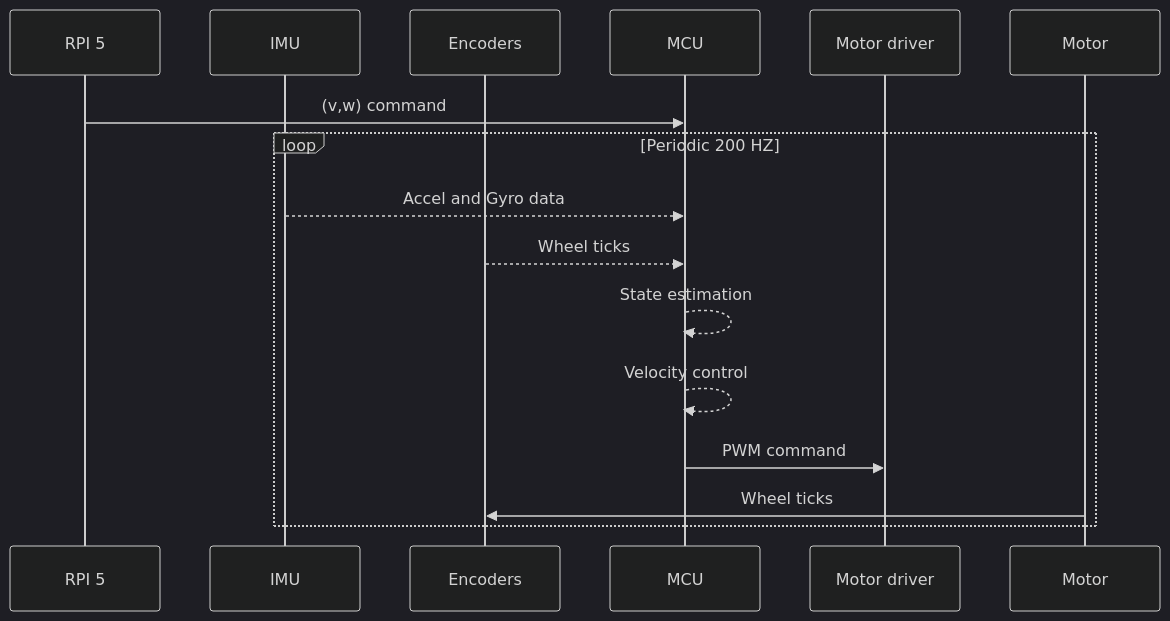
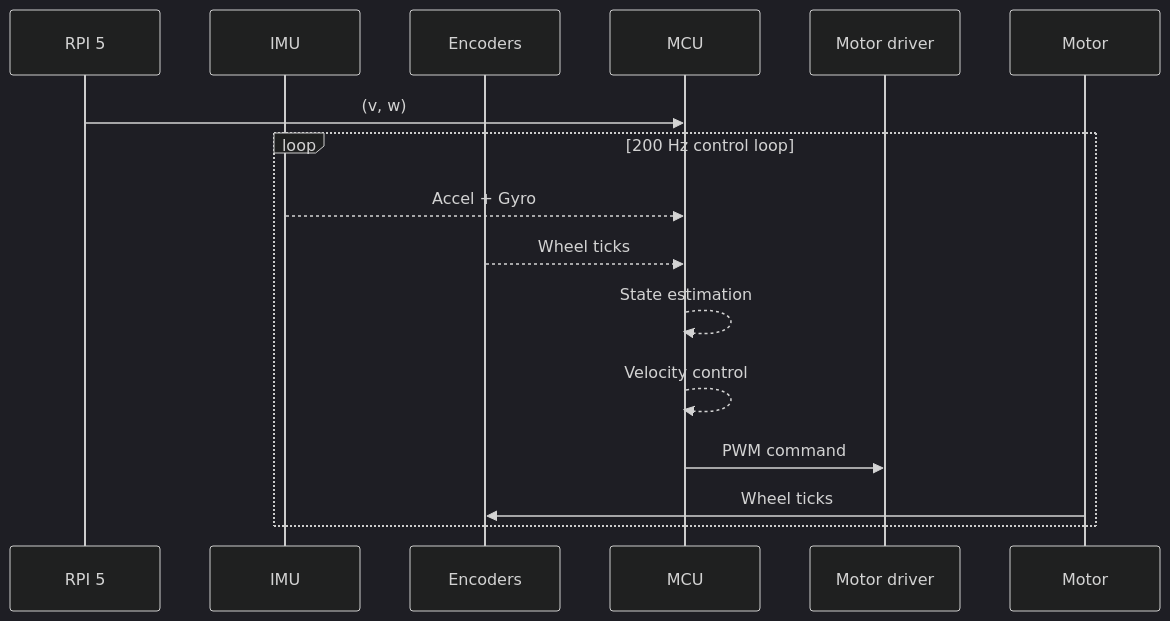
The fourth of 4 diagrams in README.md (carmor1337/Robert-Diffrential-drive-robot), drawn with Mermaid (dark theme) before and after one commit. The commit also changed other lines of this file, not shown here.

````diff
--- a/README.md
+++ b/README.md
@@ -210,21 +201,21 @@
 ```mermaid
 sequenceDiagram
 
 participant RPI 5
 participant IMU
 participant Encoders
 participant MCU
 participant Motor driver
 participant Motor
 
-    RPI 5 ->> MCU: (v,w) command
-    loop Periodic 200 HZ
-        IMU -->> MCU: Accel and Gyro data
+    RPI 5 ->> MCU: (v, w) 
+    loop 200 Hz control loop
+        IMU -->> MCU: Accel + Gyro 
         Encoders -->> MCU: Wheel ticks
         MCU -->> MCU: State estimation
         MCU -->> MCU: Velocity control
         MCU ->> Motor driver: PWM command
         Motor ->> Encoders: Wheel ticks
     end
 
 ```
````
